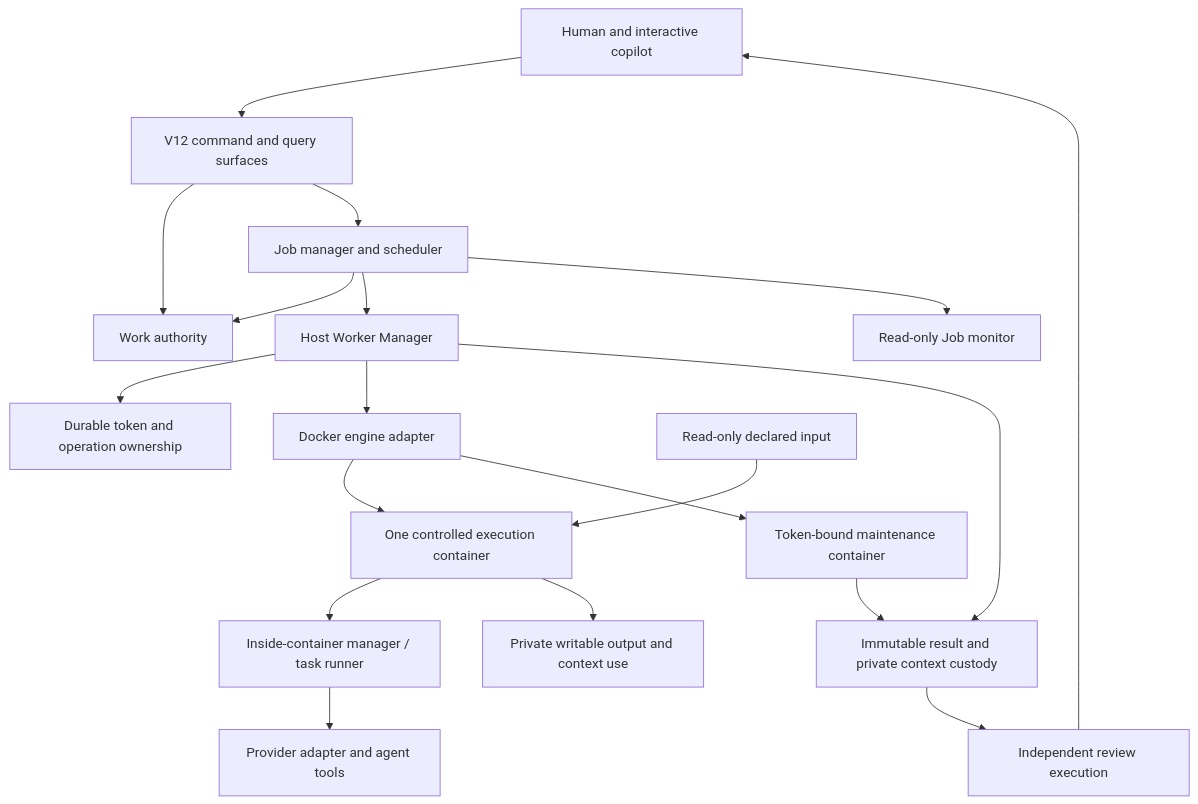
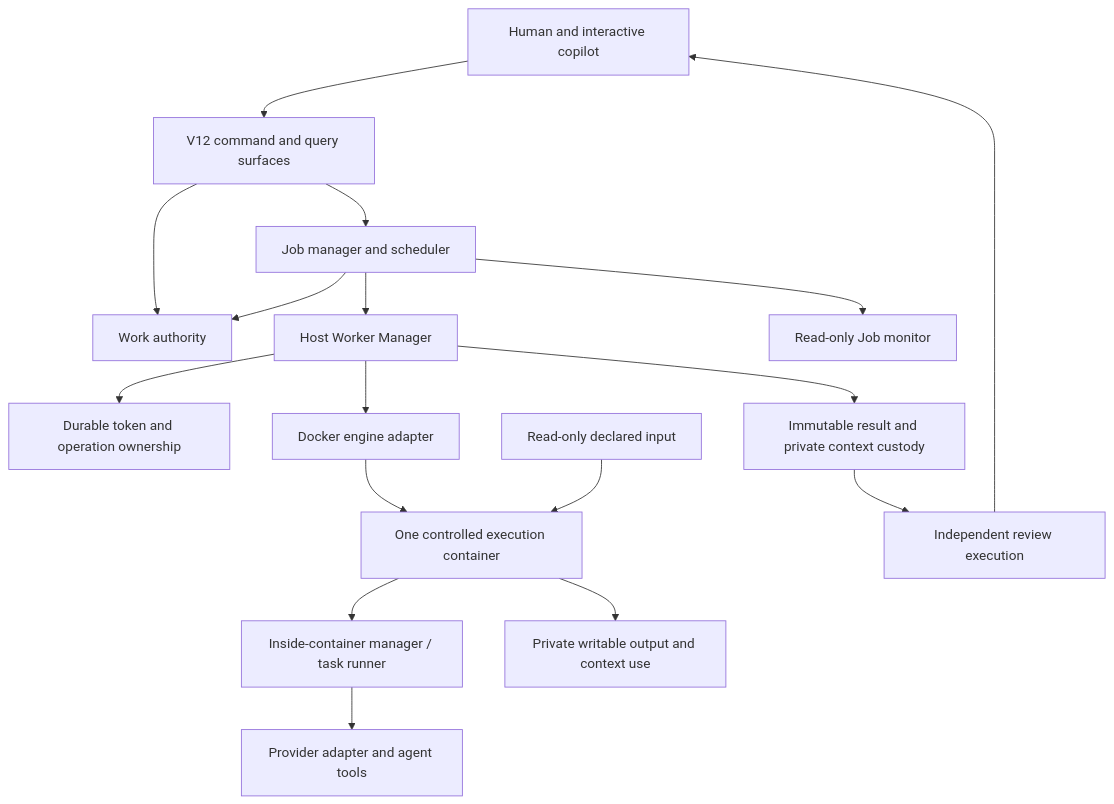
Before and after one commit to drift-foundation/baton: the diagram in v12/DESIGN.md, drawn with Mermaid. The commit also changed other lines of this file and 253 other files, not shown here.

````diff
--- a/v12/DESIGN.md
+++ b/v12/DESIGN.md
@@ -49,21 +93,19 @@
 ```mermaid
 flowchart TB
     U[Human and interactive copilot] --> C[V12 command and query surfaces]
     C --> A[Work authority]
     C --> J[Job manager and scheduler]
     J --> A
     J --> H[Host Worker Manager]
     H --> T[Durable token and operation ownership]
     H --> E[Docker engine adapter]
     E --> D[One controlled execution container]
-    E --> X[Token-bound maintenance container]
     D --> R[Inside-container manager / task runner]
     R --> P[Provider adapter and agent tools]
     I[Read-only declared input] --> D
     D --> O[Private writable output and context use]
     H --> K[Immutable result and private context custody]
-    X --> K
     K --> V[Independent review execution]
     V --> U
     J --> M[Read-only Job monitor]
 ```
````
